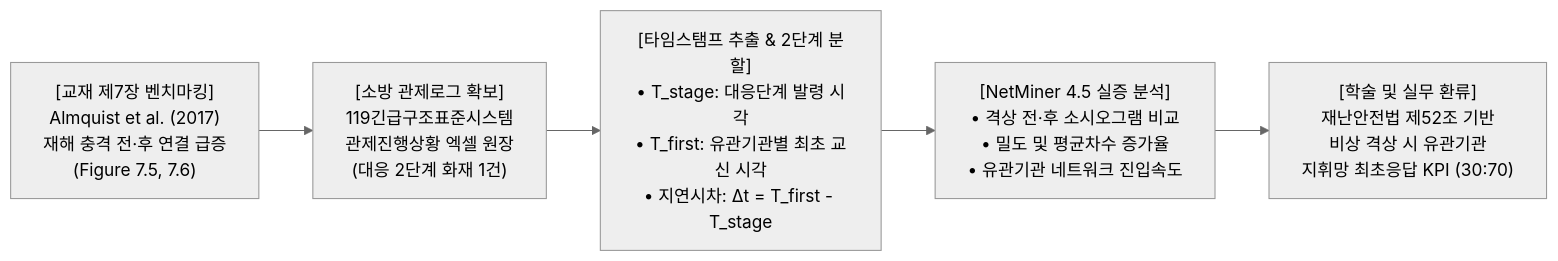
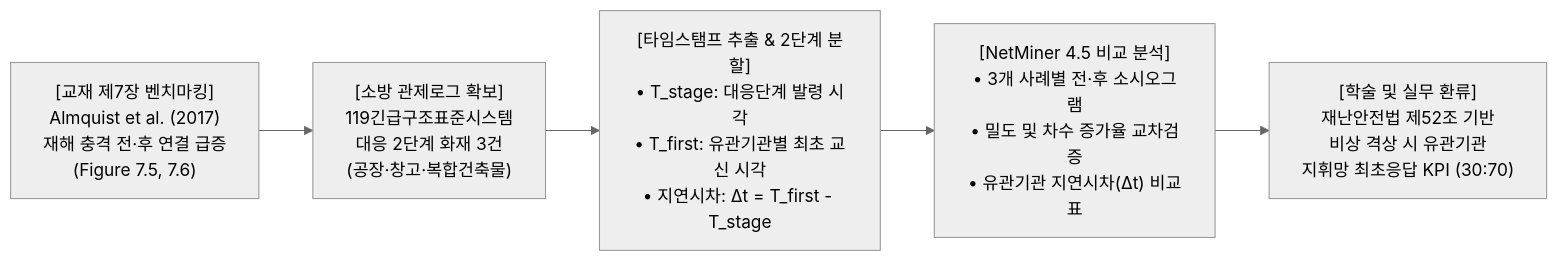
The first of 5 diagrams in 소방_SNA_수업_연구계획서.md (skang88/SNA), drawn with Mermaid (neutral theme) before and after one commit. The commit also changed other lines of this file and 1 other file, not shown here.

````diff
--- a/소방_SNA_수업_연구계획서.md
+++ b/소방_SNA_수업_연구계획서.md
@@ -26,7 +26,7 @@
 ```mermaid
 flowchart LR
-    A["[교재 제7장 벤치마킹]<br/>Almquist et al. (2017)<br/>재해 충격 전·후 연결 급증<br/>(Figure 7.5, 7.6)"] --> B["[소방 관제로그 확보]<br/>119긴급구조표준시스템<br/>관제진행상황 엑셀 원장<br/>(대응 2단계 화재 1건)"]
+    A["[교재 제7장 벤치마킹]<br/>Almquist et al. (2017)<br/>재해 충격 전·후 연결 급증<br/>(Figure 7.5, 7.6)"] --> B["[소방 관제로그 확보]<br/>119긴급구조표준시스템<br/>대응 2단계 화재 3건<br/>(공장·창고·복합건축물)"]
     B --> C["[타임스탬프 추출 & 2단계 분할]<br/>• T_stage: 대응단계 발령 시각<br/>• T_first: 유관기관별 최초 교신 시각<br/>• 지연시차: Δt = T_first - T_stage"]
-    C --> D["[NetMiner 4.5 실증 분석]<br/>• 격상 전·후 소시오그램 비교<br/>• 밀도 및 평균차수 증가율<br/>• 유관기관 네트워크 진입속도"]
+    C --> D["[NetMiner 4.5 비교 분석]<br/>• 3개 사례별 전·후 소시오그램<br/>• 밀도 및 차수 증가율 교차검증<br/>• 유관기관 지연시차(Δt) 비교표"]
     D --> E["[학술 및 실무 환류]<br/>재난안전법 제52조 기반<br/>비상 격상 시 유관기관<br/>지휘망 최초응답 KPI (30:70)"]
 ```
````
